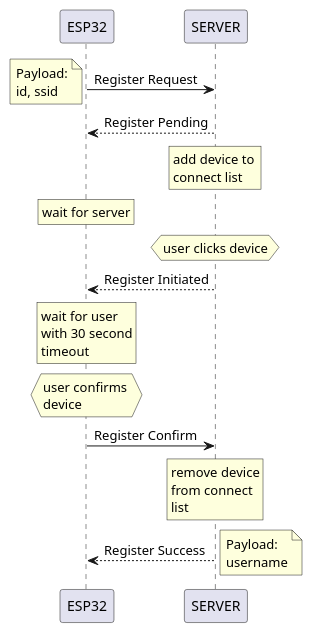
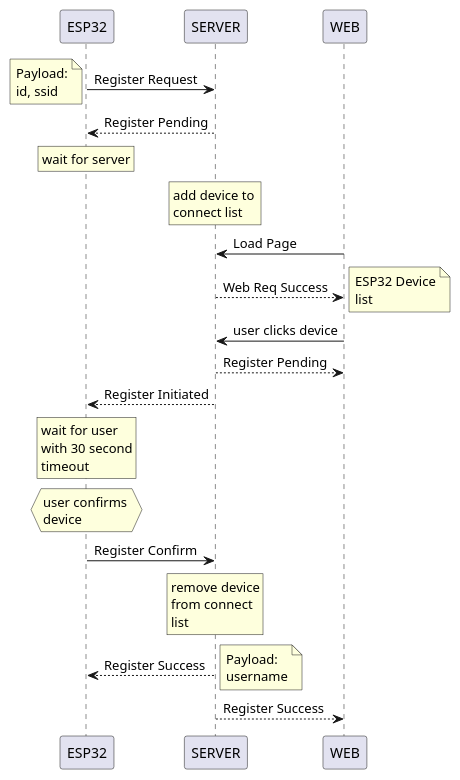
Before and after one commit to Sink-or-be-Sunk/Websocket_Server: the diagram in docs/diagrams/src/Register.wsd, drawn with PlantUML. The commit also changed 7 other files, not shown here.

```diff
--- a/docs/diagrams/src/Register.wsd
+++ b/docs/diagrams/src/Register.wsd
@@ -1,35 +1,43 @@
 @startuml Board_Registration_Sequence_Diagram
 ESP32 -> SERVER: Register Request
 note left 
 Payload:
 id, ssid
 end note
 SERVER --> ESP32: Register Pending
+rnote over ESP32: wait for server
 rnote over SERVER
 add device to 
 connect list
 end rnote
-rnote over ESP32: wait for server
-hnote over SERVER: user clicks device
-SERVER--> ESP32: Register Initiated
+WEB -> SERVER: Load Page
+SERVER --> WEB: Web Req Success
+note right
+ESP32 Device
+list
+end note
+WEB -> SERVER: user clicks device
+SERVER --> WEB: Register Pending
+SERVER --> ESP32: Register Initiated
 rnote over ESP32
 wait for user
 with 30 second
 timeout
 end rnote
 hnote over ESP32
 user confirms 
 device
 end hnote
-ESP32-> SERVER: Register Confirm
+ESP32 -> SERVER: Register Confirm
 rnote over SERVER
 remove device
 from connect
 list
 end rnote
-SERVER -->ESP32: Register Success
+SERVER --> ESP32: Register Success
 note right 
 Payload:
 username
 end note
+SERVER --> WEB: Register Success
 @enduml
```
